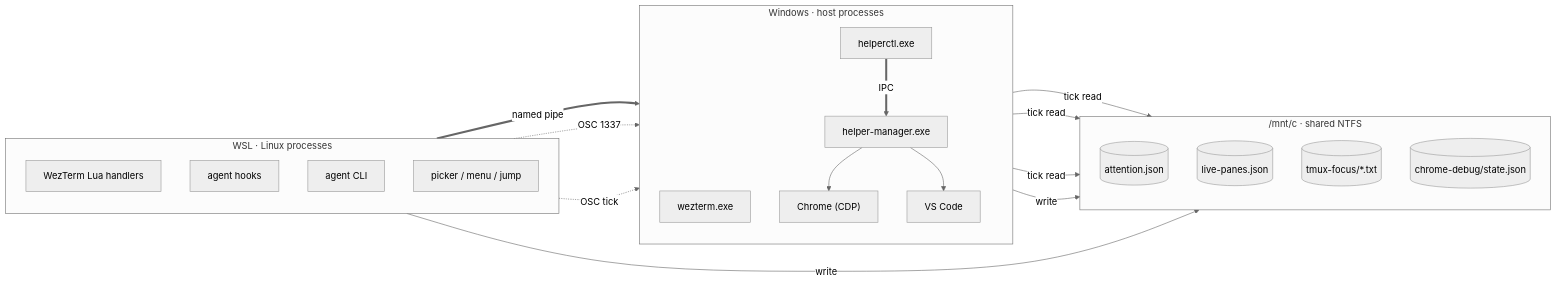
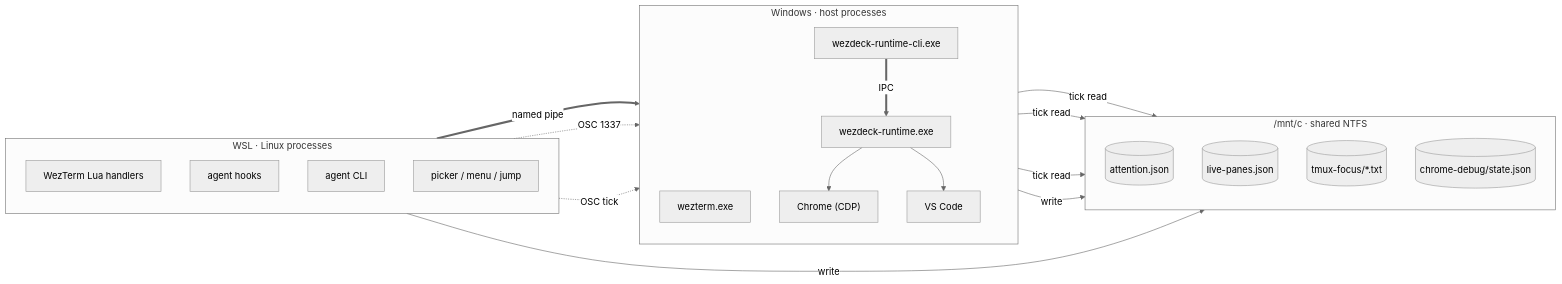
The third of 4 diagrams in docs/presentations/ai-workspace-sharing-outline.md (yunsii/wezdeck), drawn with Mermaid (neutral theme) before and after one commit. The commit also changed other lines of this file and 175 other files, not shown here.

Commit message:
feat(wezdeck): ship runtime console and AI Deck site

````diff
--- a/docs/presentations/ai-workspace-sharing-outline.md
+++ b/docs/presentations/ai-workspace-sharing-outline.md
@@ -140,41 +140,41 @@
 ```mermaid
 flowchart LR
   subgraph WSL["WSL · Linux processes"]
     direction TB
     W_LUA["WezTerm Lua handlers"]
     W_HOOK["agent hooks"]
     W_AGENT["agent CLI"]
     W_BASH["picker / menu / jump"]
   end
 
   subgraph FS["/mnt/c · shared NTFS"]
     direction TB
     F_ATT[("attention.json")]
     F_LIVE[("live-panes.json")]
     F_FOCUS[("tmux-focus/*.txt")]
     F_CHROME[("chrome-debug/state.json")]
   end
 
   subgraph WIN["Windows · host processes"]
     direction TB
     H_WEZ["wezterm.exe"]
-    H_CTL["helperctl.exe"]
-    H_MGR["helper-manager.exe"]
+    H_CTL["wezdeck-runtime-cli.exe"]
+    H_MGR["wezdeck-runtime.exe"]
     H_CHR["Chrome (CDP)"]
     H_VSC["VS Code"]
   end
 
   W_BASH ==>|"named pipe"| H_CTL
   H_CTL ==>|"IPC"| H_MGR
   H_MGR --> H_CHR
   H_MGR --> H_VSC
 
   W_AGENT -.->|"OSC 1337"| H_WEZ
   W_HOOK  -.->|"OSC tick"| H_WEZ
 
   W_HOOK -- write --> F_ATT
   H_WEZ  -- "tick read" --> F_ATT
   H_WEZ  -- "tick read" --> F_LIVE
   H_WEZ  -- "tick read" --> F_CHROME
   H_MGR  -- write --> F_CHROME
 ```
````
